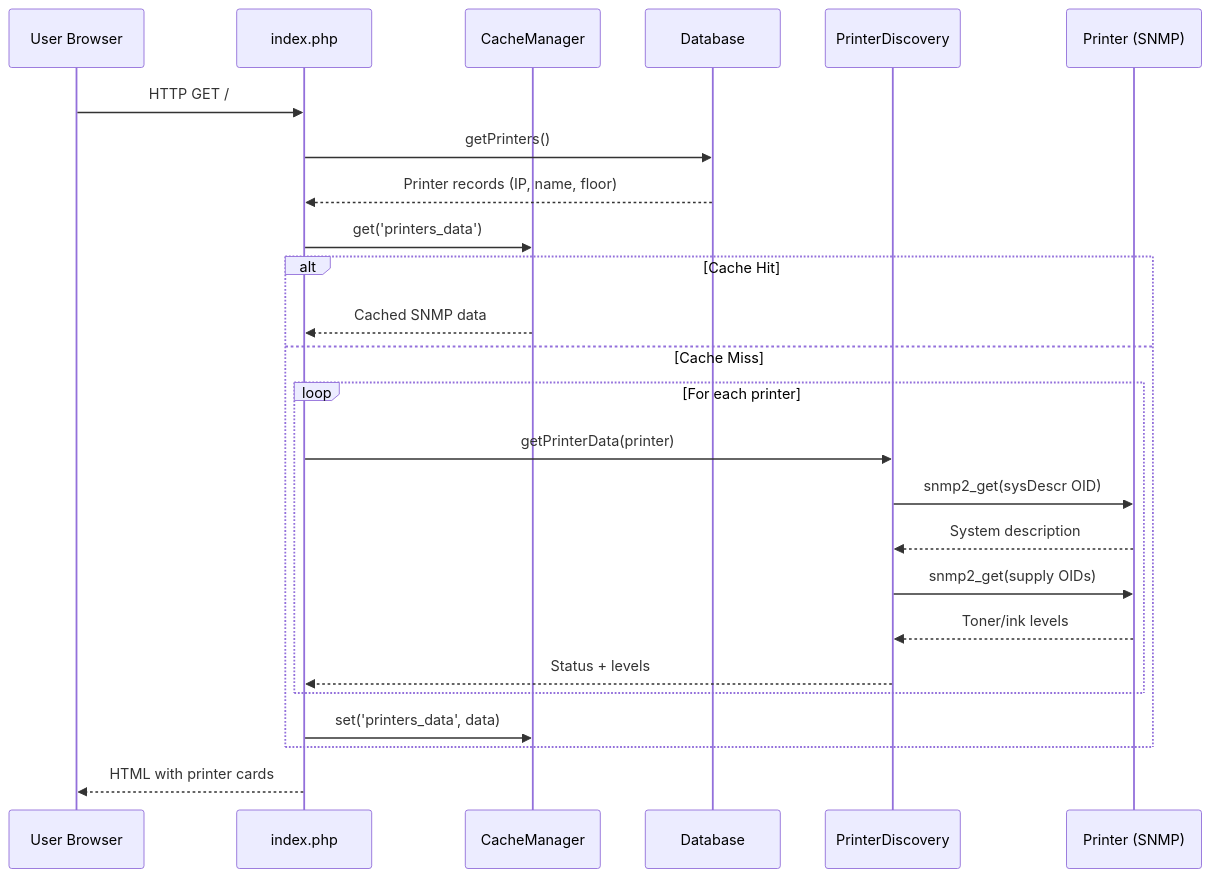
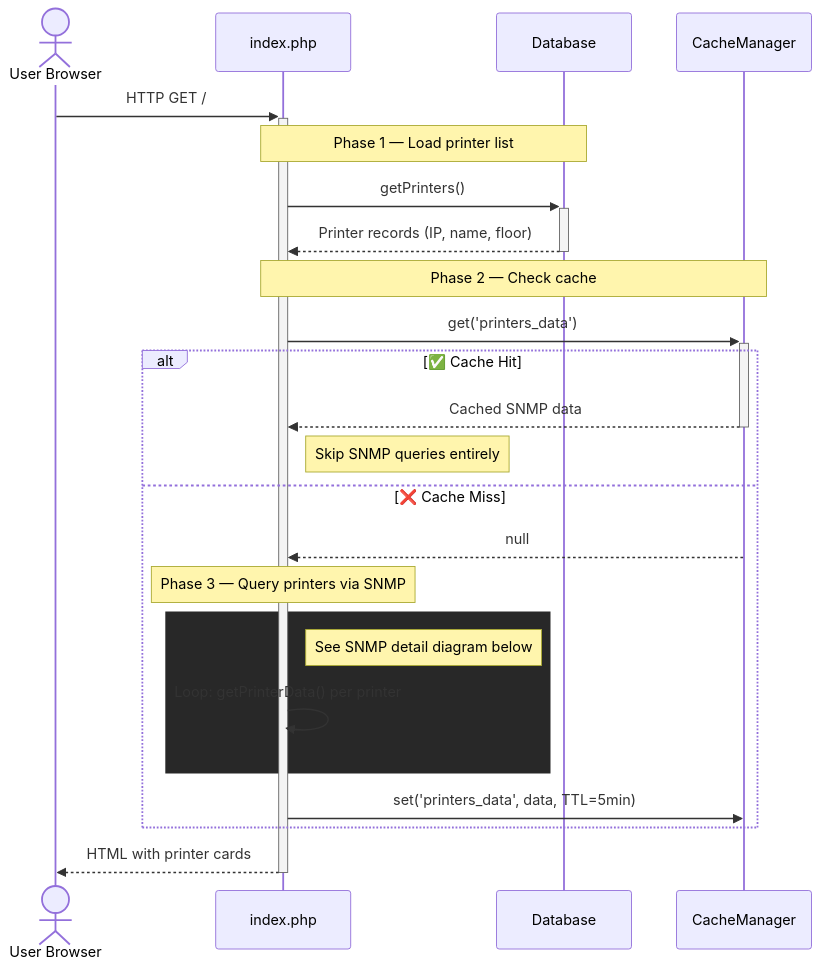
The second of 5 diagrams in architecture.md (Silorak/S-printer), drawn with Mermaid before and after one commit. The commit also changed other lines of this file, not shown here.

````diff
--- a/architecture.md
+++ b/architecture.md
@@ -57,28 +59,31 @@
 ```mermaid
 sequenceDiagram
-    participant U as User Browser
+    actor U as User Browser
     participant I as index.php
+    participant D as Database
     participant C as CacheManager
-    participant D as Database
-    participant S as PrinterDiscovery
-    participant P as Printer (SNMP)
 
-    U->>I: HTTP GET /
-    I->>D: getPrinters()
-    D-->>I: Printer records (IP, name, floor)
-    I->>C: get('printers_data')
-    alt Cache Hit
-        C-->>I: Cached SNMP data
-    else Cache Miss
-        loop For each printer
-            I->>S: getPrinterData(printer)
-            S->>P: snmp2_get(sysDescr OID)
-            P-->>S: System description
-            S->>P: snmp2_get(supply OIDs)
-            P-->>S: Toner/ink levels
-            S-->>I: Status + levels
+    U->>+I: HTTP GET /
+
+    Note over I,D: Phase 1 — Load printer list
+    I->>+D: getPrinters()
+    D-->>-I: Printer records (IP, name, floor)
+
+    Note over I,C: Phase 2 — Check cache
+    I->>+C: get('printers_data')
+
+    alt ✅ Cache Hit
+        C-->>-I: Cached SNMP data
+        Note right of I: Skip SNMP queries entirely
+    else ❌ Cache Miss
+        C-->>I: null
+        Note over I: Phase 3 — Query printers via SNMP
+        rect rgb(40, 40, 40)
+            Note right of I: See SNMP detail diagram below
+            I->>I: Loop: getPrinterData() per printer
         end
-        I->>C: set('printers_data', data)
+        I->>C: set('printers_data', data, TTL=5min)
     end
-    I-->>U: HTML with printer cards
+
+    I-->>-U: HTML with printer cards
 ```
````
